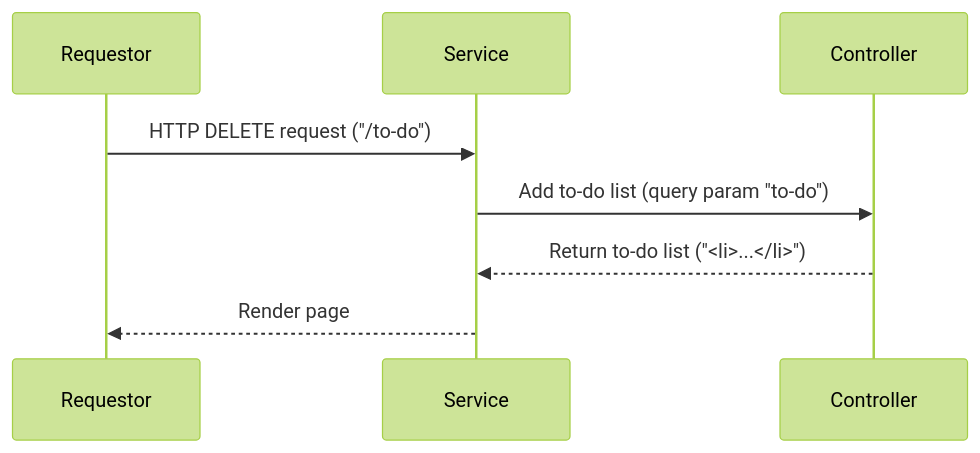
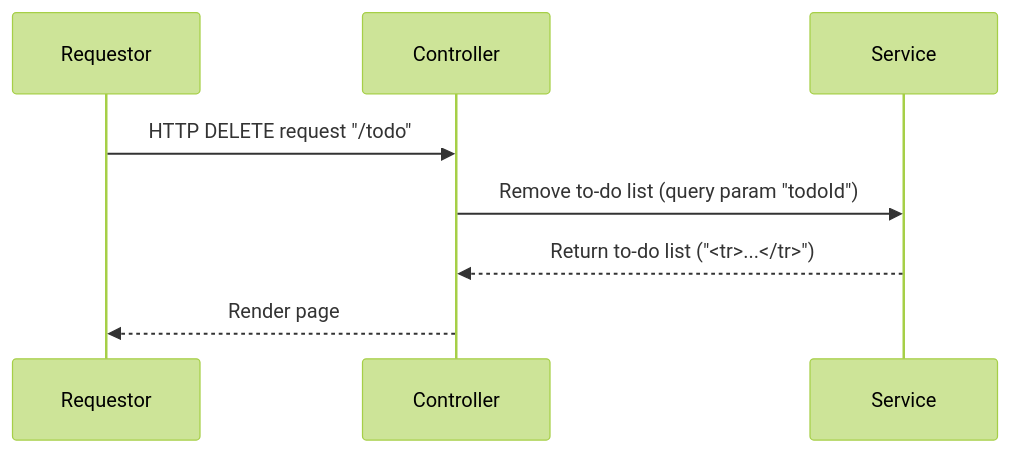
One commit to murtidaryandono/example-web-basic changed the fourth of 5 diagrams in readme.md. Above: the diagram before and after it, drawn with Mermaid (forest theme). The commit also changed other lines of this file and 9 other files, not shown here.

Commit message:
Skeleton for Model dan Service for to-do list

````diff
--- a/readme.md
+++ b/readme.md
@@ -144,10 +152,10 @@
       ```mermaid
       sequenceDiagram
       participant Requestor
+      participant Controller
       participant Service
-      participant Controller
-      Requestor ->> Service : HTTP DELETE request ("/to-do")
-      Service ->> Controller : Add to-do list (query param "to-do")
-      Controller -->> Service : Return to-do list ("<li>...</li>")
-      Service -->> Requestor : Render page
+      Requestor ->> Controller : HTTP DELETE request "/todo"
+      Controller ->> Service : Remove to-do list (query param "todoId")
+      Service -->> Controller : Return to-do list ("<tr>...</tr>")
+      Controller -->> Requestor : Render page
       ```
````
